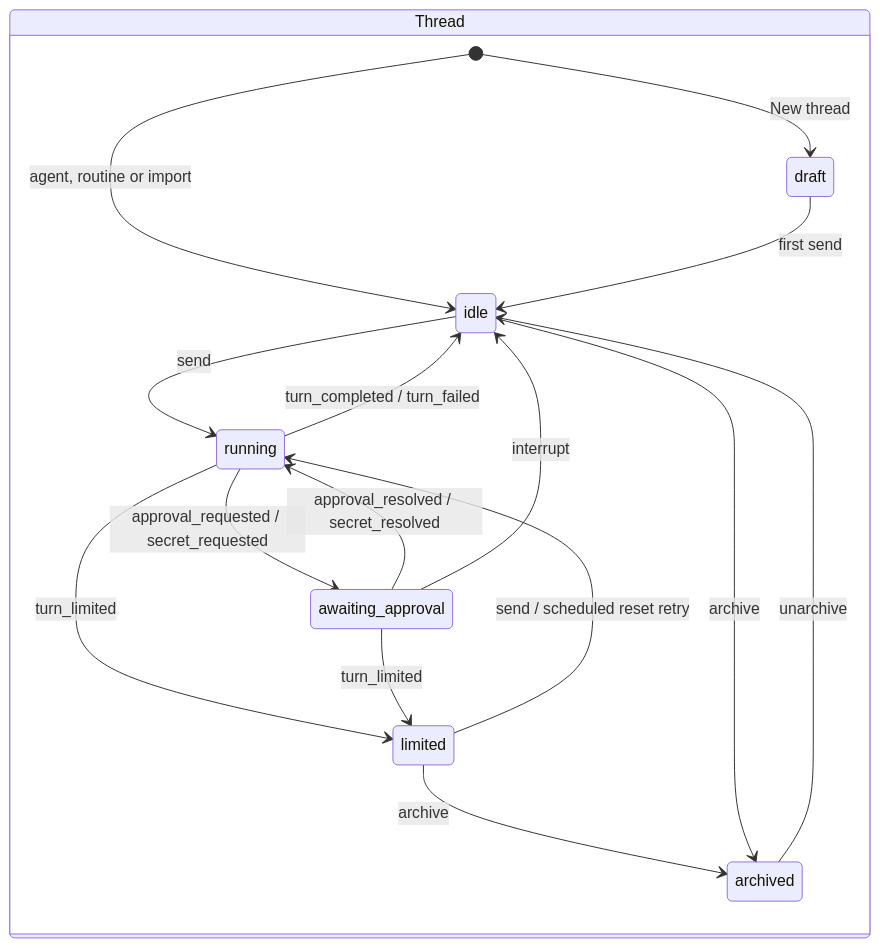
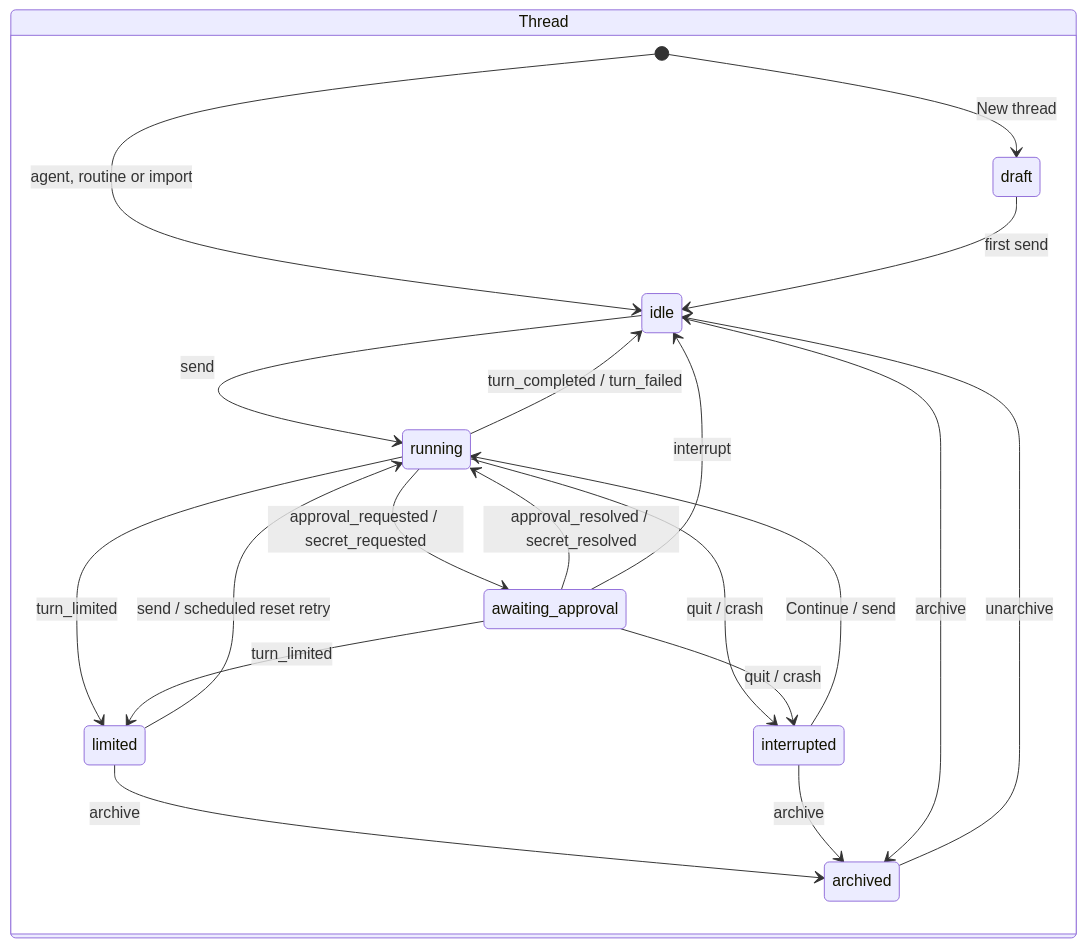
One commit to hinadev-ai/hinacode changed diagram 13 of 19 in docs/arch.md. Above: the diagram before and after it, drawn with Mermaid. The commit also changed other lines of this file and 14 other files, not shown here.

First line of the commit message:
feat(threads): continue an interrupted thread

````diff
--- a/docs/arch.md
+++ b/docs/arch.md
@@ -541,20 +541,24 @@
 ```mermaid
 stateDiagram-v2
   direction LR
   state "Thread" as T {
     [*] --> draft: New thread
     [*] --> idle: agent, routine or import
     draft --> idle: first send
     idle --> running: send
     running --> awaiting_approval: approval_requested / secret_requested
     awaiting_approval --> running: approval_resolved / secret_resolved
     running --> idle: turn_completed / turn_failed
     running --> limited: turn_limited
     awaiting_approval --> limited: turn_limited
     limited --> running: send / scheduled reset retry
     limited --> archived: archive
+    running --> interrupted: quit / crash
+    awaiting_approval --> interrupted: quit / crash
+    interrupted --> running: Continue / send
+    interrupted --> archived: archive
     awaiting_approval --> idle: interrupt
     idle --> archived: archive
     archived --> idle: unarchive
   }
 ```
````
